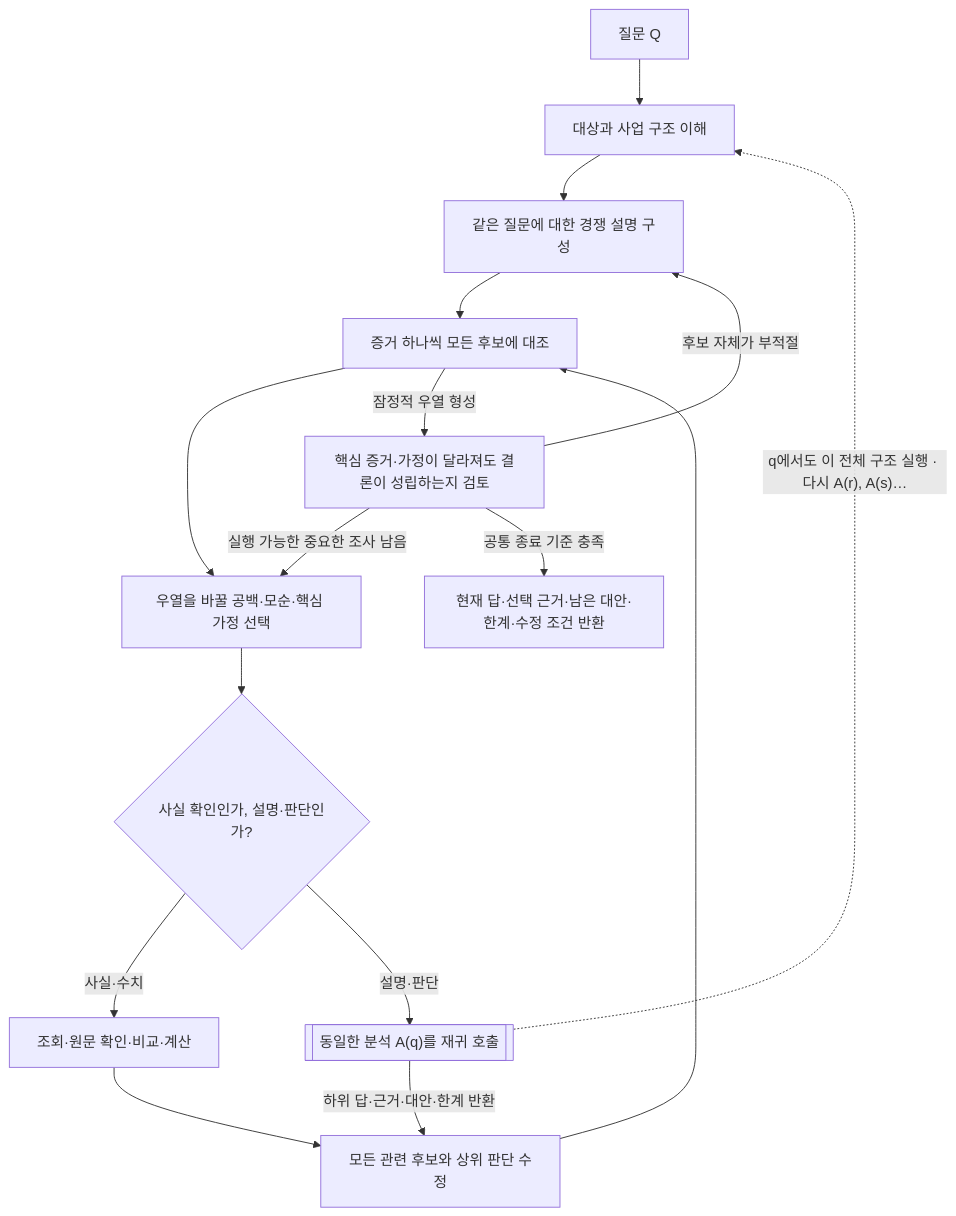
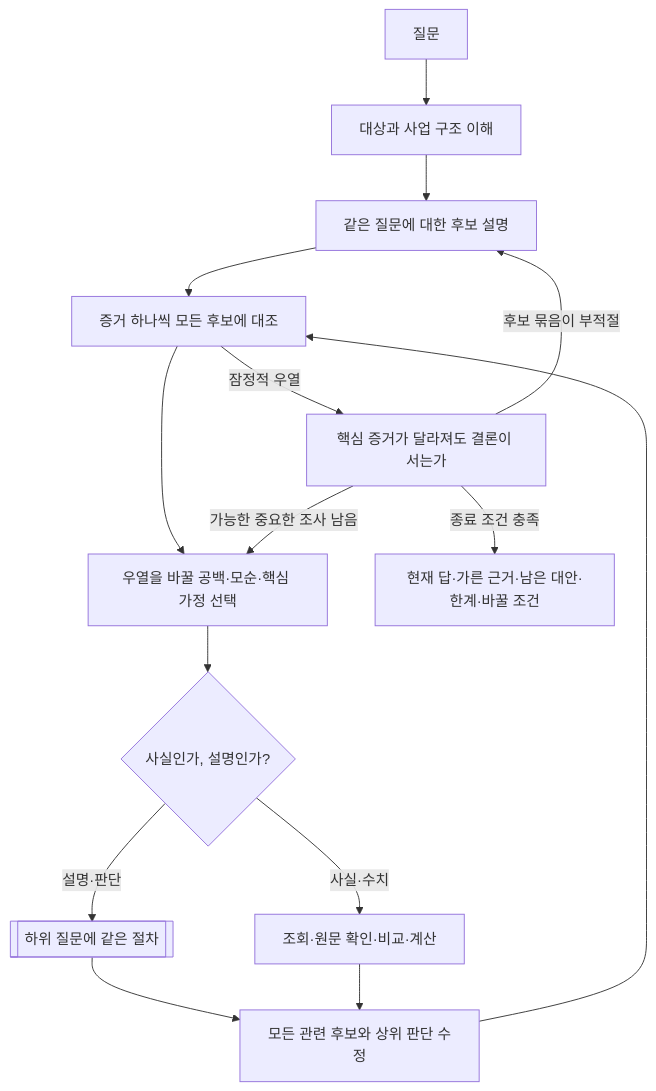
One commit to alphaeveryday/edge changed the diagram in src/apps/cloud/analysis-engine-v2/src/edge_analysis_v2/skills/hypothesis-analysis-workflow/SKILL.md. Above: the diagram before and after it, drawn with Mermaid. The commit also changed other lines of this file and 25 other files, not shown here.

````diff
--- a/src/apps/cloud/analysis-engine-v2/src/edge_analysis_v2/skills/hypothesis-analysis-workflow/SKILL.md
+++ b/src/apps/cloud/analysis-engine-v2/src/edge_analysis_v2/skills/hypothesis-analysis-workflow/SKILL.md
@@ -12,18 +10,17 @@
 ```mermaid
 flowchart TD
-    Q["질문 Q"] --> B
-    B["대상과 사업 구조 이해"] --> H["같은 질문에 대한 경쟁 설명 구성"]
+    Q["질문"] --> B["대상과 사업 구조 이해"]
+    B --> H["같은 질문에 대한 후보 설명"]
     H --> E["증거 하나씩 모든 후보에 대조"]
     E --> G["우열을 바꿀 공백·모순·핵심 가정 선택"]
-    G --> T{"사실 확인인가, 설명·판단인가?"}
+    G --> T{"사실인가, 설명인가?"}
     T -- 사실·수치 --> O["조회·원문 확인·비교·계산"]
-    T -- 설명·판단 --> R[["동일한 분석 A(q)를 재귀 호출"]]
-    R -. "q에서도 이 전체 구조 실행 · 다시 A(r), A(s)…" .-> B
-    R -- "하위 답·근거·대안·한계 반환" --> U["모든 관련 후보와 상위 판단 수정"]
+    T -- 설명·판단 --> R[["하위 질문에 같은 절차"]]
+    R --> U["모든 관련 후보와 상위 판단 수정"]
     O --> U
     U --> E
-    E -- 잠정적 우열 형성 --> S["핵심 증거·가정이 달라져도 결론이 성립하는지 검토"]
-    S -- 후보 자체가 부적절 --> H
-    S -- 실행 가능한 중요한 조사 남음 --> G
-    S -- 공통 종료 기준 충족 --> F["현재 답·선택 근거·남은 대안·한계·수정 조건 반환"]
+    E -- 잠정적 우열 --> S["핵심 증거가 달라져도 결론이 서는가"]
+    S -- 후보 묶음이 부적절 --> H
+    S -- 가능한 중요한 조사 남음 --> G
+    S -- 종료 조건 충족 --> F["현재 답·가른 근거·남은 대안·한계·바꿀 조건"]
 ```
````
